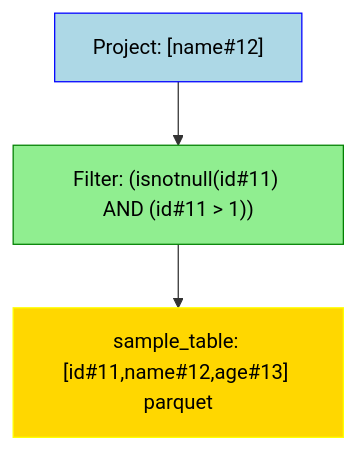
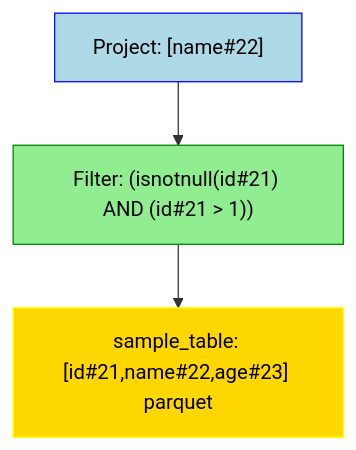
The diagram in data/visualization/filter_not_in_output.mmd (NielkNetraam/explainalyzed), drawn with Mermaid before and after one commit. The commit also changed 48 other files, not shown here.

```diff
--- a/data/visualization/filter_not_in_output.mmd
+++ b/data/visualization/filter_not_in_output.mmd
@@ -1,25 +1,14 @@
----
-config:
-theme: 'base'
-themeVariables:
-    primaryColor: '#BB2528'
-    primaryTextColor: '#fff'
-    primaryBorderColor: '#7C0000'
-    lineColor: '#F8B229'
-    secondaryColor: '#267826'
-    tertiaryColor: '#fff'
----
 flowchart TD
     classDef PROJECT stroke:Blue,fill:LightBlue,color:black
     classDef FILTER stroke:Green,fill:LightGreen,color:black
     classDef UNION stroke:Purple,fill:Violet,color:black
     classDef JOIN stroke:DarkOrange,fill:Orange,color:black
     classDef RELATION stroke:Yellow,fill:Gold,color:black
     classDef AGGREGATE stroke:Brown,fill:Chocolate,color:black
 
-    Project#1["Project: [name#12]"]:::PROJECT
-    Filter#11["Filter: (isnotnull(id#11) AND (id#11 > 1))"]:::FILTER
-    Relation#111["sample_table: [id#11,name#12,age#13] parquet"]:::RELATION
+    Project#1["Project: [name#22]"]:::PROJECT
+    Filter#11["Filter: (isnotnull(id#21) AND (id#21 > 1))"]:::FILTER
+    Relation#111["sample_table: [id#21,name#22,age#23] parquet"]:::RELATION
 
     Project#1 --> Filter#11
         Filter#11 --> Relation#111
```
